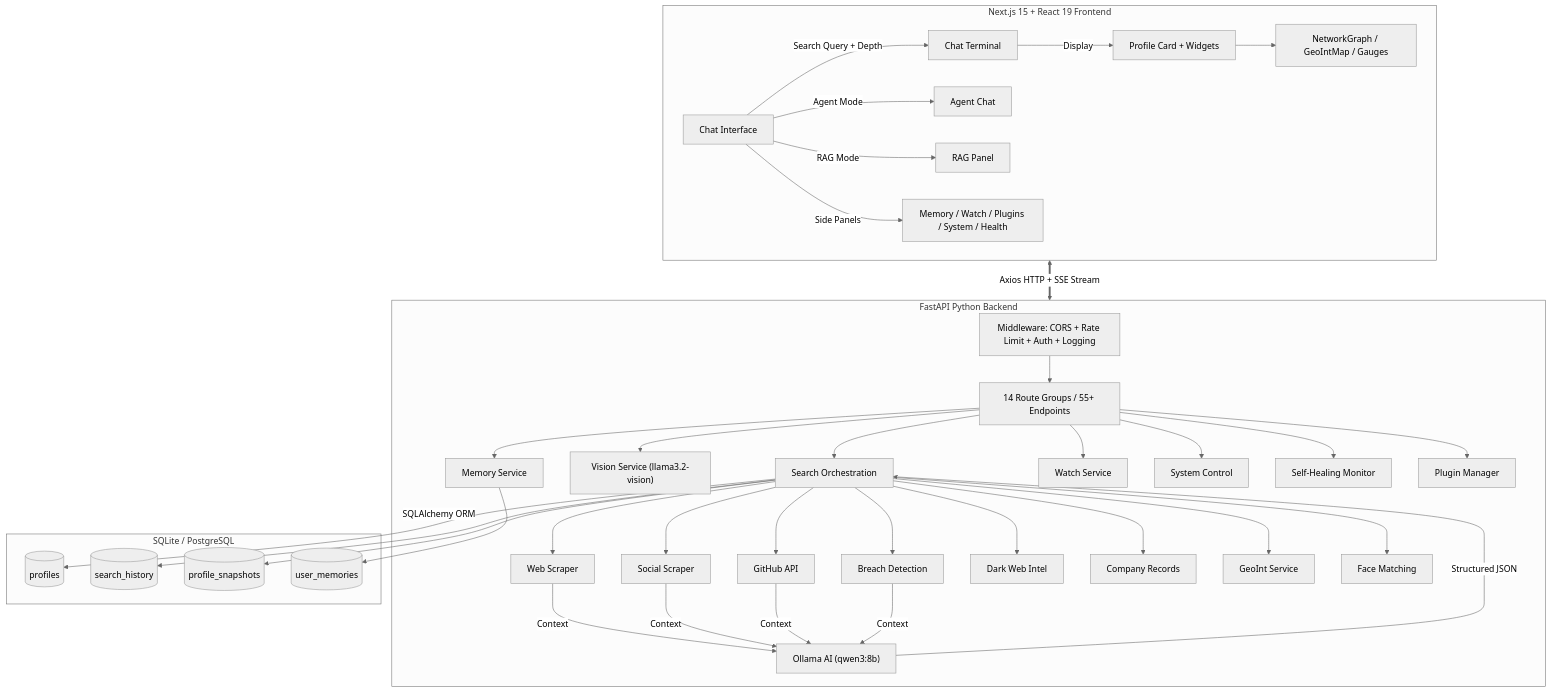
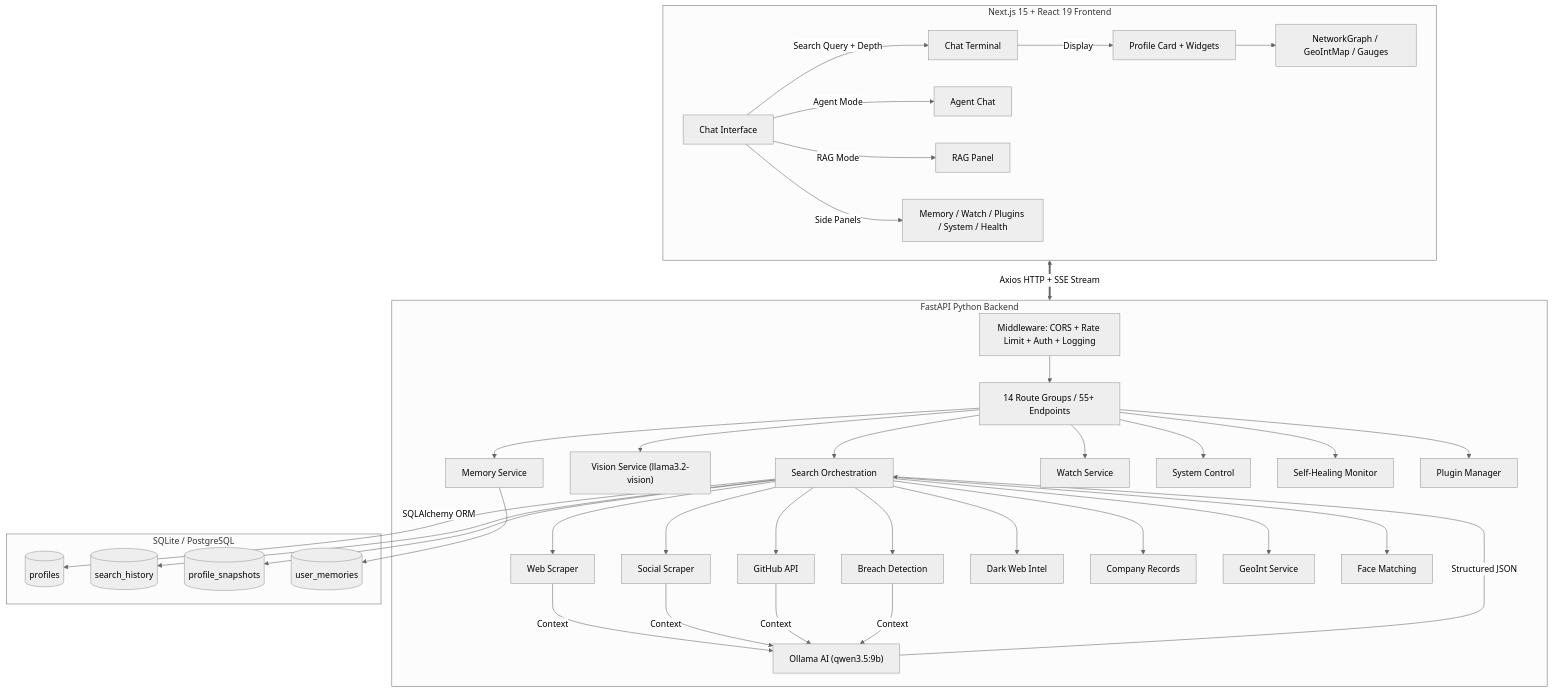
Before and after one commit to Yigtwxx/J.A.R.V.I.S: the diagram in README.md, drawn with Mermaid (neutral theme). The commit also changed other lines of this file, not shown here.

Commit message:
feat: implement security middleware with rate limiting and API key auth, upgrade primary AI model to qwen3.5:9b, and add application configuration.

````diff
--- a/README.md
+++ b/README.md
@@ -56,42 +56,42 @@
 ```mermaid
 graph TD;
     subgraph Frontend ["Next.js 15 + React 19 Frontend"]
         UI[Chat Interface] -->|Search Query + Depth| CHAT[Chat Terminal]
         UI -->|Agent Mode| AGENT[Agent Chat]
         UI -->|RAG Mode| RAG[RAG Panel]
         CHAT -->|Display| CARDS[Profile Card + Widgets]
         CARDS --> VIZ[NetworkGraph / GeoIntMap / Gauges]
         UI -->|Side Panels| PANELS[Memory / Watch / Plugins / System / Health]
     end
 
     subgraph Backend ["FastAPI Python Backend"]
         MW[Middleware: CORS + Rate Limit + Auth + Logging] --> ROUTES
         ROUTES[14 Route Groups / 55+ Endpoints]
         ROUTES --> ORCH[Search Orchestration]
         ORCH --> SS[Web Scraper]
         ORCH --> SC[Social Scraper]
         ORCH --> GH[GitHub API]
         ORCH --> BR[Breach Detection]
         ORCH --> DW[Dark Web Intel]
         ORCH --> CO[Company Records]
         ORCH --> GEO[GeoInt Service]
         ORCH --> FM[Face Matching]
-        SS & SC & GH & BR -->|Context| AI["Ollama AI (qwen3:8b)"]
+        SS & SC & GH & BR -->|Context| AI["Ollama AI (qwen3.5:9b)"]
         AI -->|Structured JSON| ORCH
         ROUTES --> VIS["Vision Service (llama3.2-vision)"]
         ROUTES --> MEM[Memory Service]
         ROUTES --> WATCH[Watch Service]
         ROUTES --> SYS[System Control]
         ROUTES --> HEAL[Self-Healing Monitor]
         ROUTES --> PLG[Plugin Manager]
     end
 
     subgraph Persistence ["SQLite / PostgreSQL"]
         ORCH -->|SQLAlchemy ORM| DB[(profiles)]
         ORCH --> HIST[(search_history)]
         ORCH --> SNAP[(profile_snapshots)]
         MEM --> UMEM[(user_memories)]
     end
 
     Frontend <==>|"Axios HTTP + SSE Stream"| Backend
 ```
````
